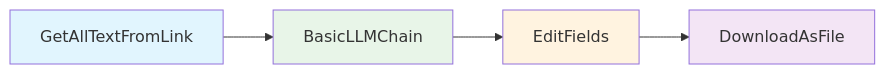
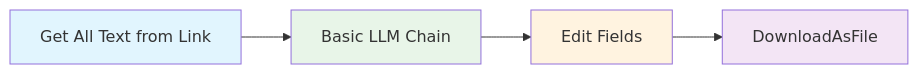
Before and after one commit to agentic-com/Agentic-Flow-Doc: the second of 4 diagrams in src/content/docs/advanced-ai/concepts/tool-selection.mdx, drawn with Mermaid. The commit also changed other lines of this file and 186 other files, not shown here.

````diff
--- a/src/content/docs/advanced-ai/concepts/tool-selection.mdx
+++ b/src/content/docs/advanced-ai/concepts/tool-selection.mdx
@@ -82,11 +82,11 @@
 ```mermaid
 graph LR
-    A[GetAllTextFromLink] --> B[BasicLLMChain]
-    B --> C[EditFields]
+    A[Get All Text from Link] --> B[Basic LLM Chain]
+    B --> C[Edit Fields]
     C --> D[DownloadAsFile]
     
     style A fill:#e1f5fe
     style B fill:#e8f5e8
     style C fill:#fff3e0
     style D fill:#f3e5f5
 ```
````
